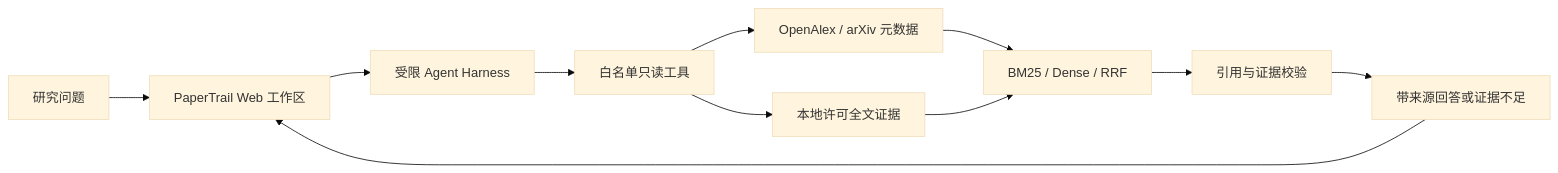
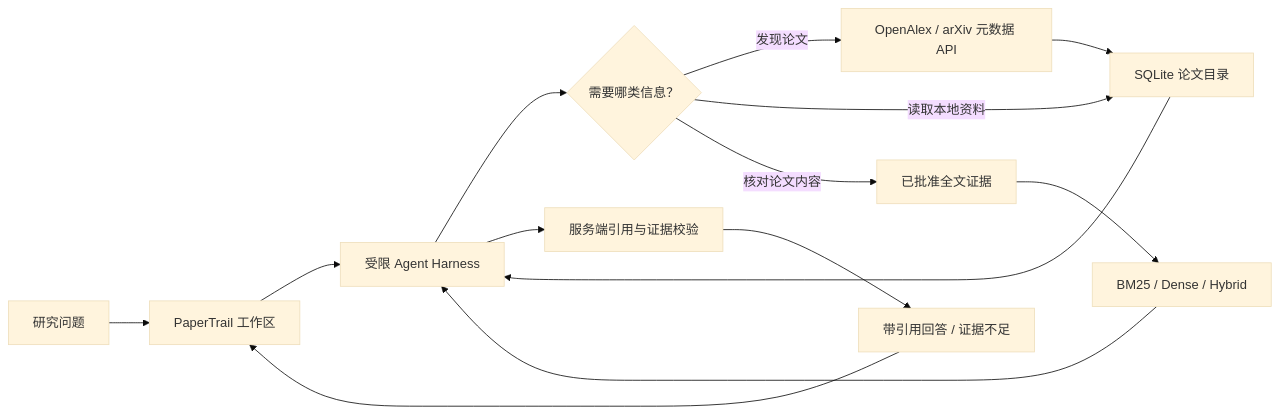
Before and after one commit to ZXN1225/papertrail: the diagram in README.md, drawn with Mermaid (base theme). The commit also changed other lines of this file and 1 other file, not shown here.

Commit message:
docs: expand PaperTrail project README

````diff
--- a/README.md
+++ b/README.md
@@ -11,13 +23,16 @@
 ```mermaid
 flowchart LR
-    Q[研究问题] --> UI[PaperTrail Web 工作区]
+    Q[研究问题] --> UI[PaperTrail 工作区]
     UI --> H[受限 Agent Harness]
-    H --> T[白名单只读工具]
-    T --> O[OpenAlex / arXiv 元数据]
-    T --> L[本地许可全文证据]
-    O --> R[BM25 / Dense / RRF]
-    L --> R
-    R --> V[引用与证据校验]
-    V --> A[带来源回答或证据不足]
+    H --> D{需要哪类信息？}
+    D -->|发现论文| O[OpenAlex / arXiv 元数据 API]
+    D -->|读取本地资料| C[SQLite 论文目录]
+    D -->|核对论文内容| F[已批准全文证据]
+    O --> C
+    C --> H
+    F --> R[BM25 / Dense / Hybrid]
+    R --> H
+    H --> V[服务端引用与证据校验]
+    V --> A[带引用回答 / 证据不足]
     A --> UI
 ```
````
